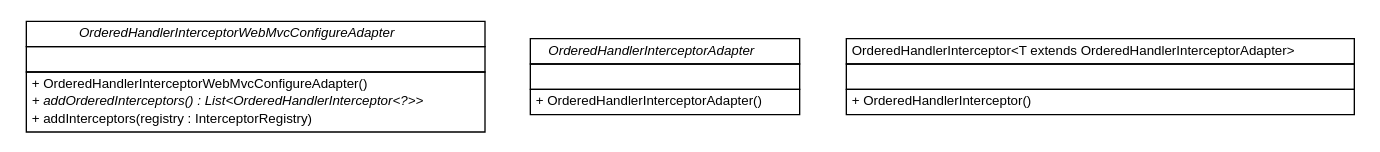
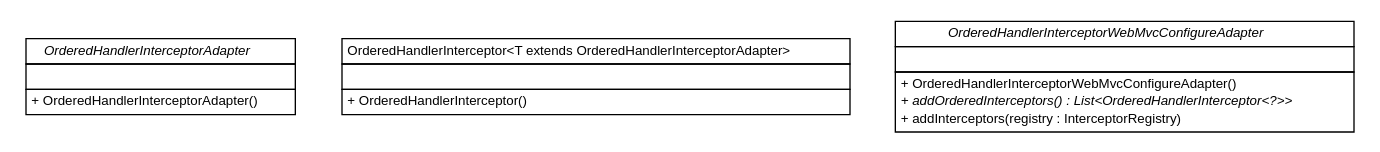
One commit to cloud-ready/cloud-ready changed the diagram in release/build-docker/cloud-ready-parent/cloud-ready-parent-report-aggregate/apidocs/top/infra/web/servlet/handler/top.infra.web.servlet.handler.dot. Above: the diagram before and after it, drawn with Graphviz. The commit also changed 110 other files, not shown here.

```diff
--- a/release/build-docker/cloud-ready-parent/cloud-ready-parent-report-aggregate/apidocs/top/infra/web/servlet/handler/top.infra.web.servlet.handler.dot
+++ b/release/build-docker/cloud-ready-parent/cloud-ready-parent-report-aggregate/apidocs/top/infra/web/servlet/handler/top.infra.web.servlet.handler.dot
@@ -1,50 +1,50 @@
 #!/usr/local/bin/dot
 #
 # Class diagram 
 # Generated by UMLGraph version R5_6-24-gf6e263 (http://www.umlgraph.org/)
 #
 
 digraph G {
 	edge [fontname="Helvetica",fontsize=10,labelfontname="Helvetica",labelfontsize=10];
 	node [fontname="Helvetica",fontsize=10,shape=plaintext];
 	nodesep=0.25;
 	ranksep=0.5;
+	// top.infra.web.servlet.handler.OrderedHandlerInterceptorAdapter
+	c0 [label=<<table title="top.infra.web.servlet.handler.OrderedHandlerInterceptorAdapter" border="0" cellborder="1" cellspacing="0" cellpadding="2" port="p" href="./OrderedHandlerInterceptorAdapter.html">
+		<tr><td><table border="0" cellspacing="0" cellpadding="1">
+<tr><td align="center" balign="center"><font face="Helvetica-Oblique"> OrderedHandlerInterceptorAdapter </font></td></tr>
+		</table></td></tr>
+		<tr><td><table border="0" cellspacing="0" cellpadding="1">
+<tr><td align="left" balign="left">  </td></tr>
+		</table></td></tr>
+		<tr><td><table border="0" cellspacing="0" cellpadding="1">
+<tr><td align="left" balign="left"> + OrderedHandlerInterceptorAdapter() </td></tr>
+		</table></td></tr>
+		</table>>, URL="./OrderedHandlerInterceptorAdapter.html", fontname="Helvetica", fontcolor="black", fontsize=10.0];
+	// top.infra.web.servlet.handler.OrderedHandlerInterceptor<T extends top.infra.web.servlet.handler.OrderedHandlerInterceptorAdapter>
+	c1 [label=<<table title="top.infra.web.servlet.handler.OrderedHandlerInterceptor" border="0" cellborder="1" cellspacing="0" cellpadding="2" port="p" href="./OrderedHandlerInterceptor.html">
+		<tr><td><table border="0" cellspacing="0" cellpadding="1">
+<tr><td align="center" balign="center"> OrderedHandlerInterceptor&lt;T extends OrderedHandlerInterceptorAdapter&gt; </td></tr>
+		</table></td></tr>
+		<tr><td><table border="0" cellspacing="0" cellpadding="1">
+<tr><td align="left" balign="left">  </td></tr>
+		</table></td></tr>
+		<tr><td><table border="0" cellspacing="0" cellpadding="1">
+<tr><td align="left" balign="left"> + OrderedHandlerInterceptor() </td></tr>
+		</table></td></tr>
+		</table>>, URL="./OrderedHandlerInterceptor.html", fontname="Helvetica", fontcolor="black", fontsize=10.0];
 	// top.infra.web.servlet.handler.OrderedHandlerInterceptorWebMvcConfigureAdapter
-	c0 [label=<<table title="top.infra.web.servlet.handler.OrderedHandlerInterceptorWebMvcConfigureAdapter" border="0" cellborder="1" cellspacing="0" cellpadding="2" port="p" href="./OrderedHandlerInterceptorWebMvcConfigureAdapter.html">
+	c2 [label=<<table title="top.infra.web.servlet.handler.OrderedHandlerInterceptorWebMvcConfigureAdapter" border="0" cellborder="1" cellspacing="0" cellpadding="2" port="p" href="./OrderedHandlerInterceptorWebMvcConfigureAdapter.html">
 		<tr><td><table border="0" cellspacing="0" cellpadding="1">
 <tr><td align="center" balign="center"><font face="Helvetica-Oblique"> OrderedHandlerInterceptorWebMvcConfigureAdapter </font></td></tr>
 		</table></td></tr>
 		<tr><td><table border="0" cellspacing="0" cellpadding="1">
 <tr><td align="left" balign="left">  </td></tr>
 		</table></td></tr>
 		<tr><td><table border="0" cellspacing="0" cellpadding="1">
 <tr><td align="left" balign="left"> + OrderedHandlerInterceptorWebMvcConfigureAdapter() </td></tr>
 <tr><td align="left" balign="left"><font face="Helvetica-Oblique" point-size="10.0"> + addOrderedInterceptors() : List&lt;OrderedHandlerInterceptor&lt;?&gt;&gt; </font></td></tr>
 <tr><td align="left" balign="left"> + addInterceptors(registry : InterceptorRegistry) </td></tr>
 		</table></td></tr>
 		</table>>, URL="./OrderedHandlerInterceptorWebMvcConfigureAdapter.html", fontname="Helvetica", fontcolor="black", fontsize=10.0];
-	// top.infra.web.servlet.handler.OrderedHandlerInterceptorAdapter
-	c1 [label=<<table title="top.infra.web.servlet.handler.OrderedHandlerInterceptorAdapter" border="0" cellborder="1" cellspacing="0" cellpadding="2" port="p" href="./OrderedHandlerInterceptorAdapter.html">
-		<tr><td><table border="0" cellspacing="0" cellpadding="1">
-<tr><td align="center" balign="center"><font face="Helvetica-Oblique"> OrderedHandlerInterceptorAdapter </font></td></tr>
-		</table></td></tr>
-		<tr><td><table border="0" cellspacing="0" cellpadding="1">
-<tr><td align="left" balign="left">  </td></tr>
-		</table></td></tr>
-		<tr><td><table border="0" cellspacing="0" cellpadding="1">
-<tr><td align="left" balign="left"> + OrderedHandlerInterceptorAdapter() </td></tr>
-		</table></td></tr>
-		</table>>, URL="./OrderedHandlerInterceptorAdapter.html", fontname="Helvetica", fontcolor="black", fontsize=10.0];
-	// top.infra.web.servlet.handler.OrderedHandlerInterceptor<T extends top.infra.web.servlet.handler.OrderedHandlerInterceptorAdapter>
-	c2 [label=<<table title="top.infra.web.servlet.handler.OrderedHandlerInterceptor" border="0" cellborder="1" cellspacing="0" cellpadding="2" port="p" href="./OrderedHandlerInterceptor.html">
-		<tr><td><table border="0" cellspacing="0" cellpadding="1">
-<tr><td align="center" balign="center"> OrderedHandlerInterceptor&lt;T extends OrderedHandlerInterceptorAdapter&gt; </td></tr>
-		</table></td></tr>
-		<tr><td><table border="0" cellspacing="0" cellpadding="1">
-<tr><td align="left" balign="left">  </td></tr>
-		</table></td></tr>
-		<tr><td><table border="0" cellspacing="0" cellpadding="1">
-<tr><td align="left" balign="left"> + OrderedHandlerInterceptor() </td></tr>
-		</table></td></tr>
-		</table>>, URL="./OrderedHandlerInterceptor.html", fontname="Helvetica", fontcolor="black", fontsize=10.0];
 }
```
